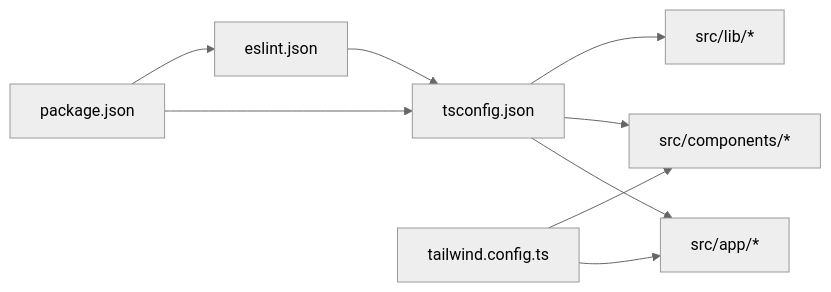
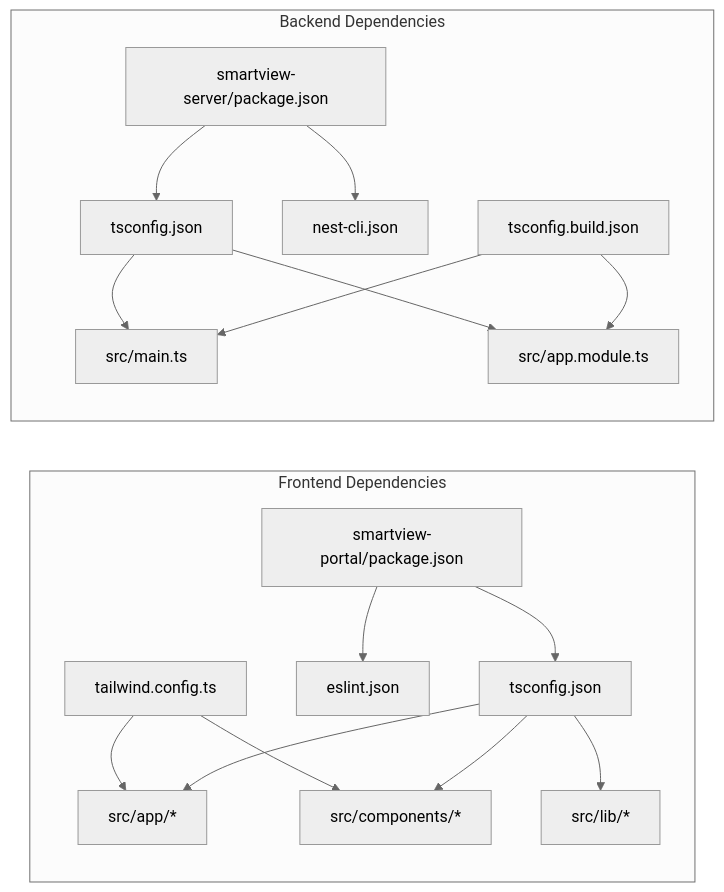
One commit to Hoshino-wind/ai-interview-platform changed the seventh of 7 diagrams in .qoder/repowiki/en/content/TypeScript Configuration.md. Above: the diagram before and after it, drawn with Mermaid (neutral theme). The commit also changed other lines of this file and 5 other files, not shown here.

````diff
--- a/.qoder/repowiki/en/content/TypeScript Configuration.md
+++ b/.qoder/repowiki/en/content/TypeScript Configuration.md
@@ -270,18 +364,33 @@
 ```mermaid
 graph LR
-PKG["package.json"]
-TS["tsconfig.json"]
-ESL["eslint.json"]
-TW["tailwind.config.ts"]
-APP["src/app/*"]
-CMP["src/components/*"]
-LIB["src/lib/*"]
-PKG --> TS
-PKG --> ESL
-TS --> APP
-TS --> CMP
-TS --> LIB
-TW --> APP
-TW --> CMP
-ESL --> TS
+subgraph "Frontend Dependencies"
+FRONT_PKG["smartview-portal/package.json"]
+FRONT_TS["tsconfig.json"]
+FRONT_ESL["eslint.json"]
+FRONT_TW["tailwind.config.ts"]
+FRONT_APP["src/app/*"]
+FRONT_CMP["src/components/*"]
+FRONT_LIB["src/lib/*"]
+end
+subgraph "Backend Dependencies"
+BACK_PKG["smartview-server/package.json"]
+BACK_TS["tsconfig.json"]
+BACK_BUILD["tsconfig.build.json"]
+BACK_CLI["nest-cli.json"]
+BACK_MAIN["src/main.ts"]
+BACK_MODULE["src/app.module.ts"]
+end
+FRONT_PKG --> FRONT_TS
+FRONT_PKG --> FRONT_ESL
+FRONT_TS --> FRONT_APP
+FRONT_TS --> FRONT_CMP
+FRONT_TS --> FRONT_LIB
+FRONT_TW --> FRONT_APP
+FRONT_TW --> FRONT_CMP
+BACK_PKG --> BACK_TS
+BACK_PKG --> BACK_CLI
+BACK_TS --> BACK_MAIN
+BACK_TS --> BACK_MODULE
+BACK_BUILD --> BACK_MAIN
+BACK_BUILD --> BACK_MODULE
 ```
````
